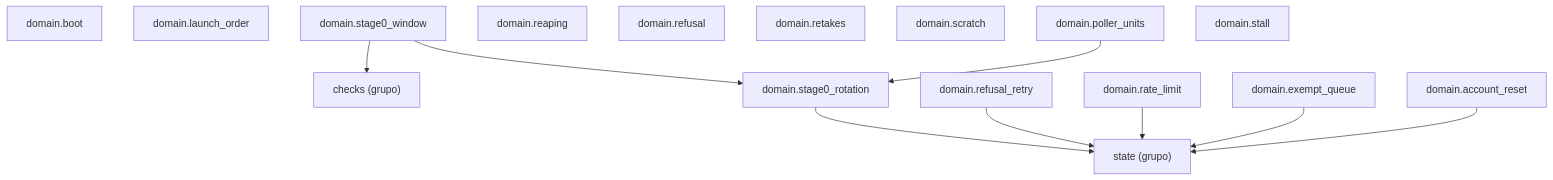
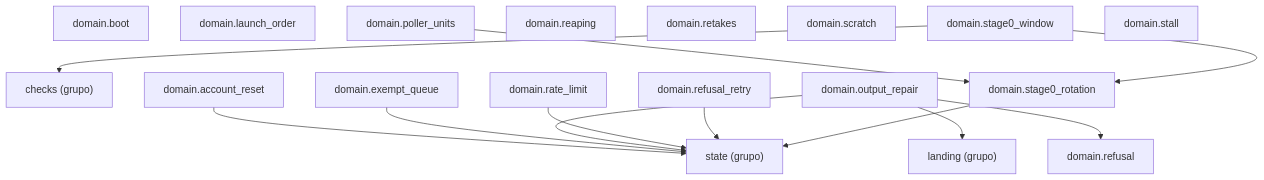
The diagram in docs/architecture/generated/packages-process-domain-machine.md (GonzaloZevallos/agentic-system), drawn with Mermaid before and after one commit. The commit also changed 5 other files, not shown here.

First line of the commit message:
Register output_repair in the docs clusters and regenerate the class docs

````diff
--- a/docs/architecture/generated/packages-process-domain-machine.md
+++ b/docs/architecture/generated/packages-process-domain-machine.md
@@ -12,27 +12,32 @@
 ```mermaid
 graph TD
     g_domain__checks["checks (grupo)"]
+    g_domain__landing["landing (grupo)"]
     g_domain__state["state (grupo)"]
     m_domain__account_reset["domain.account_reset"]
     m_domain__boot["domain.boot"]
     m_domain__exempt_queue["domain.exempt_queue"]
     m_domain__launch_order["domain.launch_order"]
+    m_domain__output_repair["domain.output_repair"]
     m_domain__poller_units["domain.poller_units"]
     m_domain__rate_limit["domain.rate_limit"]
     m_domain__reaping["domain.reaping"]
     m_domain__refusal["domain.refusal"]
     m_domain__refusal_retry["domain.refusal_retry"]
     m_domain__retakes["domain.retakes"]
     m_domain__scratch["domain.scratch"]
     m_domain__stage0_rotation["domain.stage0_rotation"]
     m_domain__stage0_window["domain.stage0_window"]
     m_domain__stall["domain.stall"]
     m_domain__account_reset --> g_domain__state
     m_domain__exempt_queue --> g_domain__state
+    m_domain__output_repair --> g_domain__landing
+    m_domain__output_repair --> g_domain__state
+    m_domain__output_repair --> m_domain__refusal
     m_domain__poller_units --> m_domain__stage0_rotation
     m_domain__rate_limit --> g_domain__state
     m_domain__refusal_retry --> g_domain__state
     m_domain__stage0_rotation --> g_domain__state
     m_domain__stage0_window --> g_domain__checks
     m_domain__stage0_window --> m_domain__stage0_rotation
 ```
````
